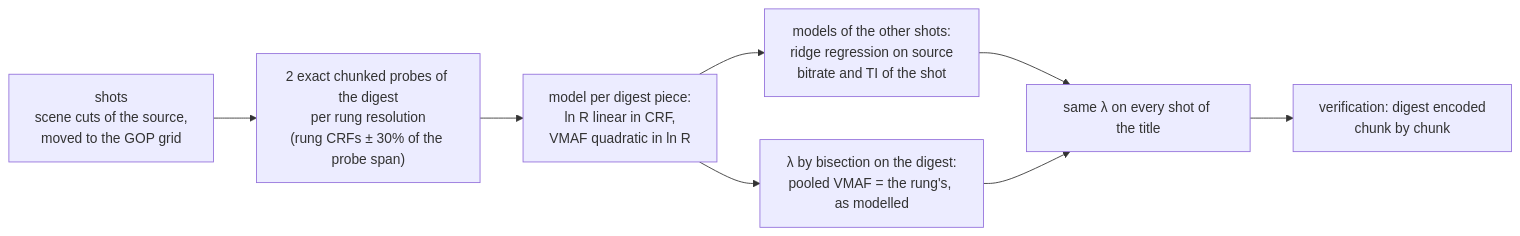
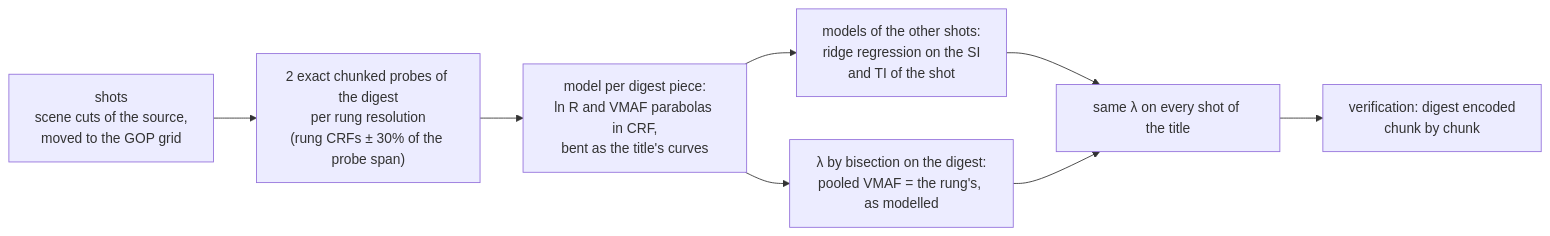
Before and after one commit to eko/qc: the second of 2 diagrams in docs/ladder.md, drawn with Mermaid. The commit also changed other lines of this file and 36 other files, not shown here.

````diff
--- a/docs/ladder.md
+++ b/docs/ladder.md
@@ -449,10 +479,10 @@
 ```mermaid
 flowchart LR
     shots["shots<br/>scene cuts of the source,<br/>moved to the GOP grid"] --> probes
     probes["2 exact chunked probes of the digest<br/>per rung resolution<br/>(rung CRFs ± 30% of the probe span)"] --> models
-    models["model per digest piece:<br/>ln R linear in CRF,<br/>VMAF quadratic in ln R"] --> predict["models of the other shots:<br/>ridge regression on source<br/>bitrate and TI of the shot"]
+    models["model per digest piece:<br/>ln R and VMAF parabolas in CRF,<br/>bent as the title's curves"] --> predict["models of the other shots:<br/>ridge regression on the SI<br/>and TI of the shot"]
     models --> lambda["λ by bisection on the digest:<br/>pooled VMAF = the rung's, as modelled"]
     predict --> title["same λ on every shot of the title"]
     lambda --> title
     title --> verify["verification: digest encoded<br/>chunk by chunk"]
 ```
````
